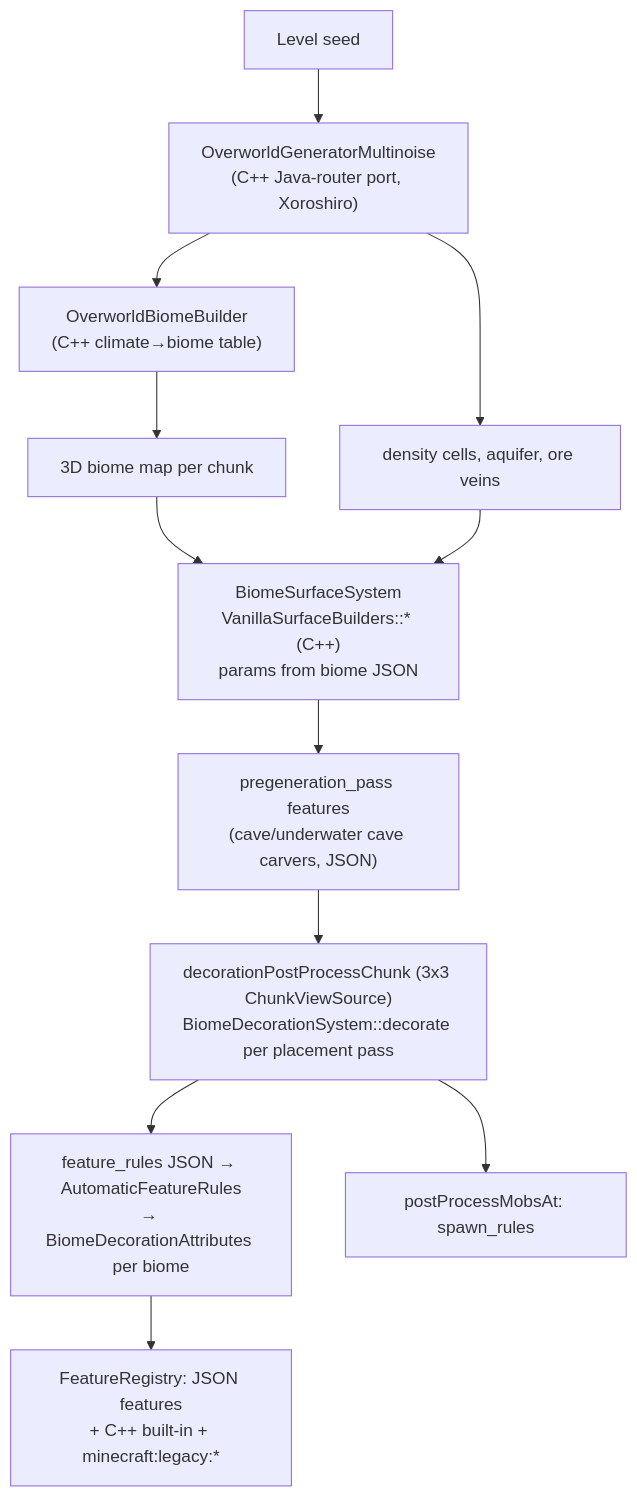
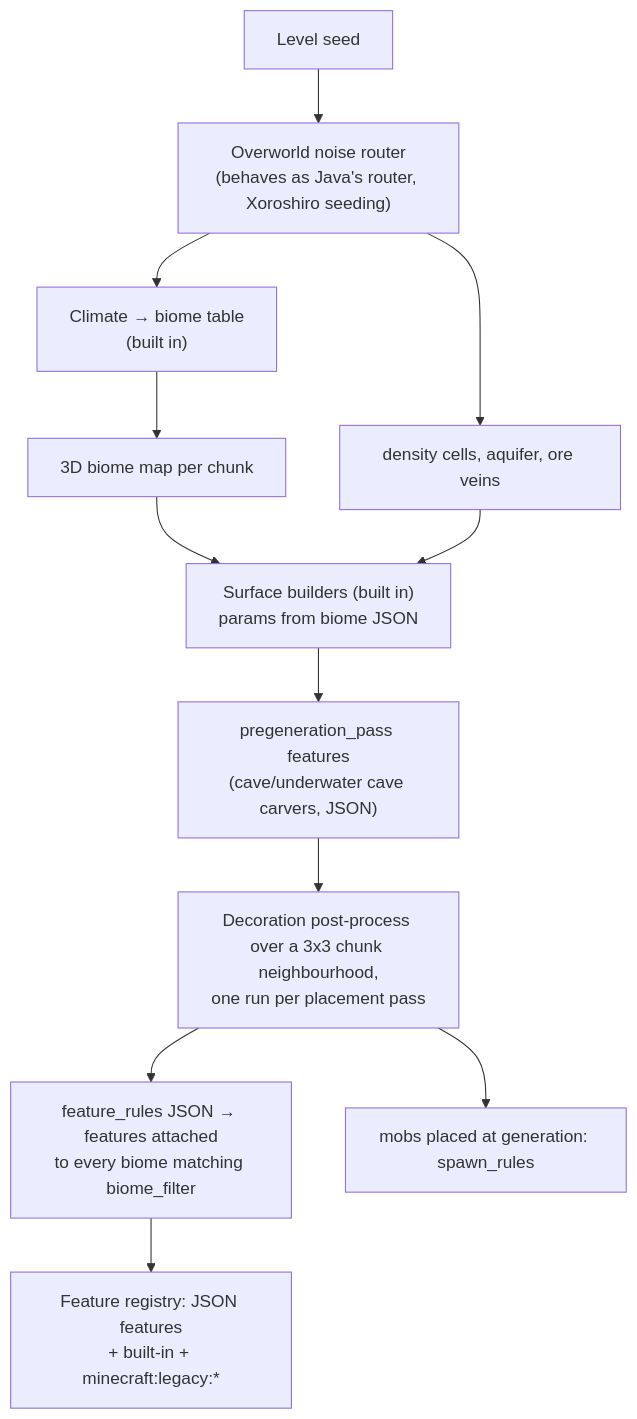
The first of 2 diagrams in thoughts/shared/research/2026-10-24-data-driven-world.md (axolotl-stack/axolotl-stack), drawn with Mermaid before and after one commit. The commit also changed other lines of this file and 1 other file, not shown here.

````diff
--- a/thoughts/shared/research/2026-10-24-data-driven-world.md
+++ b/thoughts/shared/research/2026-10-24-data-driven-world.md
@@ -79,14 +78,14 @@
 ```mermaid
 flowchart TD
-  A[Level seed] --> B["OverworldGeneratorMultinoise<br/>(C++ Java-router port, Xoroshiro)"]
-  B --> C["OverworldBiomeBuilder<br/>(C++ climate→biome table)"]
+  A[Level seed] --> B["Overworld noise router<br/>(behaves as Java's router, Xoroshiro seeding)"]
+  B --> C["Climate → biome table<br/>(built in)"]
   C --> D["3D biome map per chunk"]
   B --> E[density cells, aquifer, ore veins]
-  D --> F["BiomeSurfaceSystem<br/>VanillaSurfaceBuilders::* (C++)<br/>params from biome JSON"]
+  D --> F["Surface builders (built in)<br/>params from biome JSON"]
   E --> F
   F --> G["pregeneration_pass features<br/>(cave/underwater cave carvers, JSON)"]
-  G --> H["decorationPostProcessChunk (3x3 ChunkViewSource)<br/>BiomeDecorationSystem::decorate per placement pass"]
-  H --> I["feature_rules JSON → AutomaticFeatureRules<br/>→ BiomeDecorationAttributes per biome"]
-  I --> J["FeatureRegistry: JSON features<br/>+ C++ built-in + minecraft:legacy:*"]
-  H --> K[postProcessMobsAt: spawn_rules]
+  G --> H["Decoration post-process over a 3x3 chunk neighbourhood,<br/>one run per placement pass"]
+  H --> I["feature_rules JSON → features attached<br/>to every biome matching biome_filter"]
+  I --> J["Feature registry: JSON features<br/>+ built-in + minecraft:legacy:*"]
+  H --> K[mobs placed at generation: spawn_rules]
 ```
````
